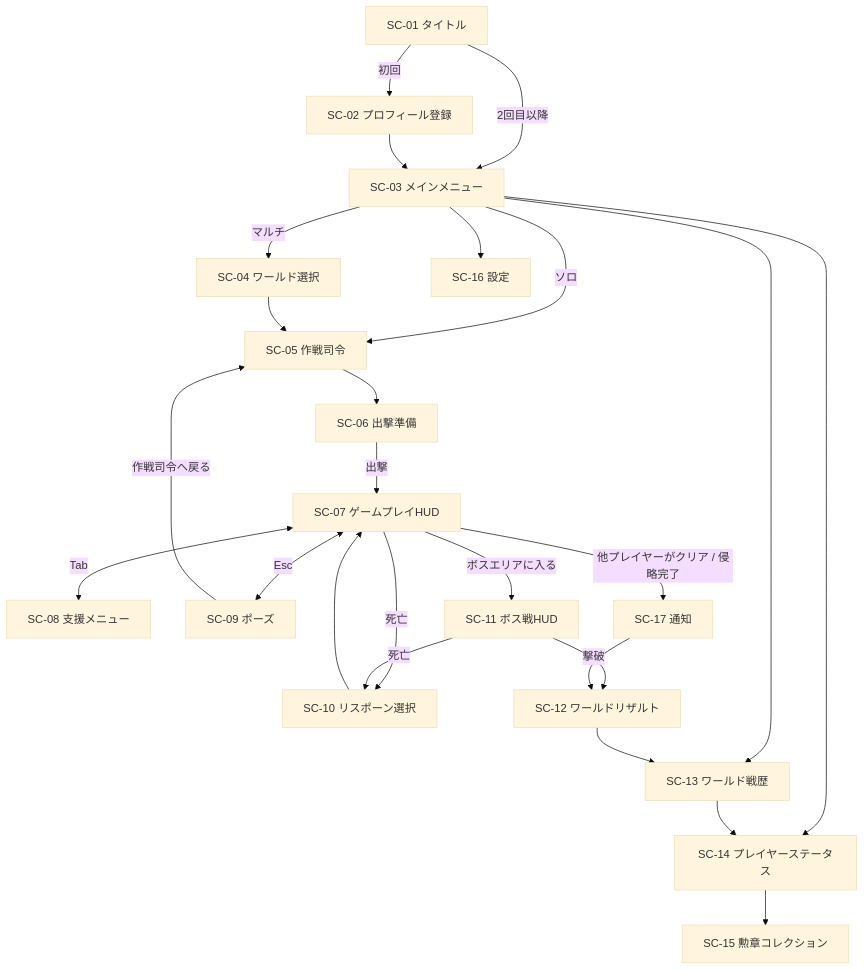
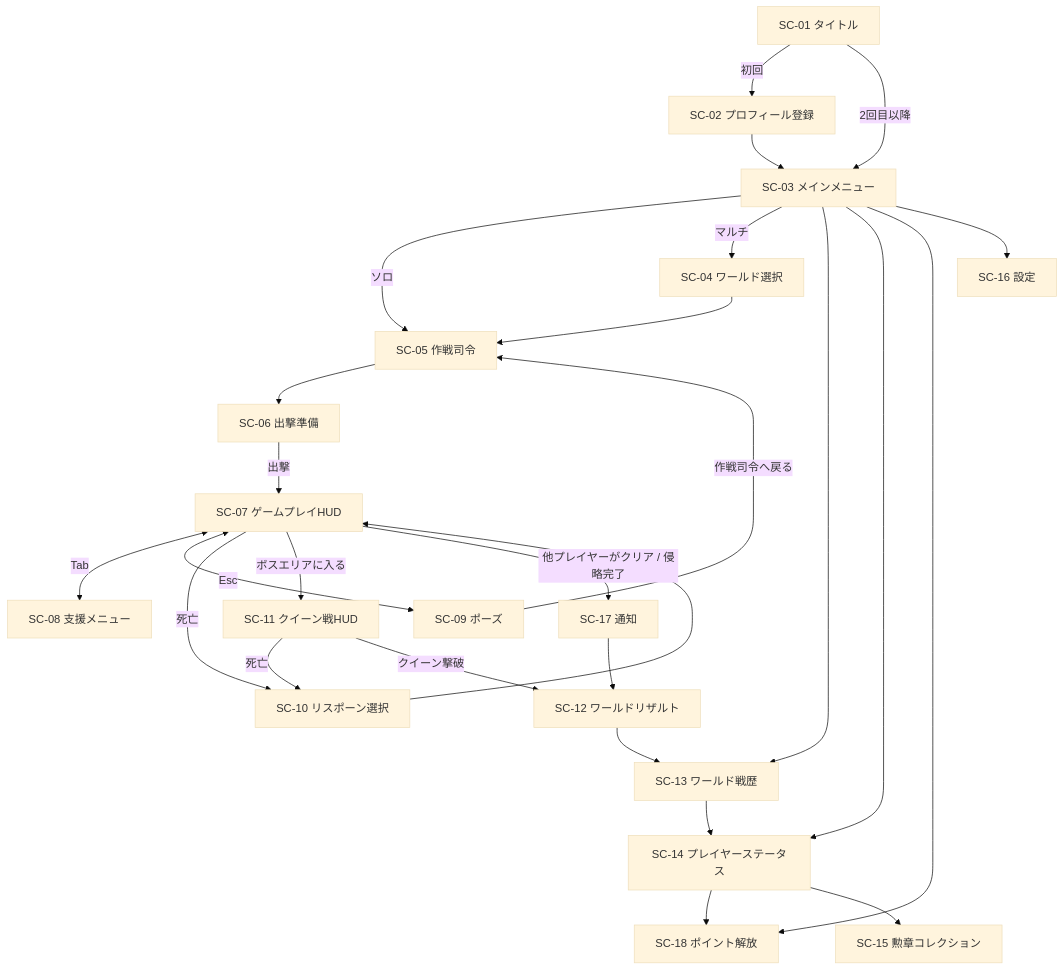
Before and after one commit to HasegawaTakatune/Relay-Resistance: the diagram in docs/03_画面仕様書.md, drawn with Mermaid (base theme). The commit also changed other lines of this file and 5 other files, not shown here.

````diff
--- a/docs/03_画面仕様書.md
+++ b/docs/03_画面仕様書.md
@@ -41,27 +43,29 @@
 ```mermaid
 flowchart TD
     SC01[SC-01 タイトル] -->|初回| SC02[SC-02 プロフィール登録]
     SC01 -->|2回目以降| SC03[SC-03 メインメニュー]
     SC02 --> SC03
     SC03 -->|ソロ| SC05[SC-05 作戦司令]
     SC03 -->|マルチ| SC04[SC-04 ワールド選択]
     SC03 --> SC13[SC-13 ワールド戦歴]
     SC03 --> SC14[SC-14 プレイヤーステータス]
+    SC03 --> SC18[SC-18 ポイント解放]
+    SC14 --> SC18
     SC03 --> SC16[SC-16 設定]
     SC04 --> SC05
     SC05 --> SC06[SC-06 出撃準備]
     SC06 -->|出撃| SC07[SC-07 ゲームプレイHUD]
     SC07 <-->|Tab| SC08[SC-08 支援メニュー]
     SC07 <-->|Esc| SC09[SC-09 ポーズ]
     SC07 -->|死亡| SC10[SC-10 リスポーン選択]
     SC10 --> SC07
-    SC07 -->|ボスエリアに入る| SC11[SC-11 ボス戦HUD]
+    SC07 -->|ボスエリアに入る| SC11[SC-11 クイーン戦HUD]
     SC11 -->|死亡| SC10
-    SC11 -->|撃破| SC12[SC-12 ワールドリザルト]
+    SC11 -->|クイーン撃破| SC12[SC-12 ワールドリザルト]
     SC07 -->|他プレイヤーがクリア / 侵略完了| SC17[SC-17 通知]
     SC17 --> SC12
     SC09 -->|作戦司令へ戻る| SC05
     SC12 --> SC13
     SC13 --> SC14
     SC14 --> SC15[SC-15 勲章コレクション]
 ```
````
